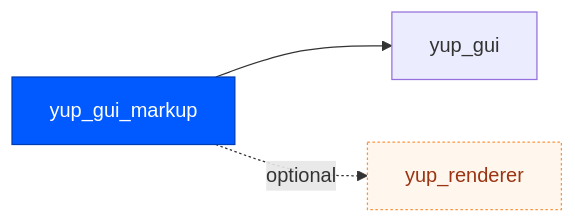
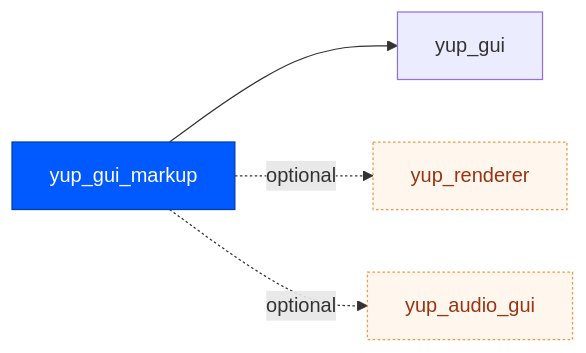
One commit to kunitoki/yup changed diagram 12 of 26 in docs/modules.md. Above: the diagram before and after it, drawn with Mermaid. The commit also changed other lines of this file and 50 other files, not shown here.

````diff
--- a/docs/modules.md
+++ b/docs/modules.md
@@ -256,8 +258,9 @@
 ```mermaid
 flowchart LR
     yup_gui_markup:::self --> yup_gui
     yup_gui_markup -. optional .-> yup_renderer:::opt
+    yup_gui_markup -. optional .-> yup_audio_gui:::opt
     classDef self fill:#005aff,color:#fff,stroke:#003db3;
     classDef ext fill:#f3f4f6,color:#374151,stroke:#9ca3af,stroke-dasharray:4 3;
     classDef opt fill:#fff7ed,color:#9a3412,stroke:#fb923c,stroke-dasharray:2 2;
 ```
````
